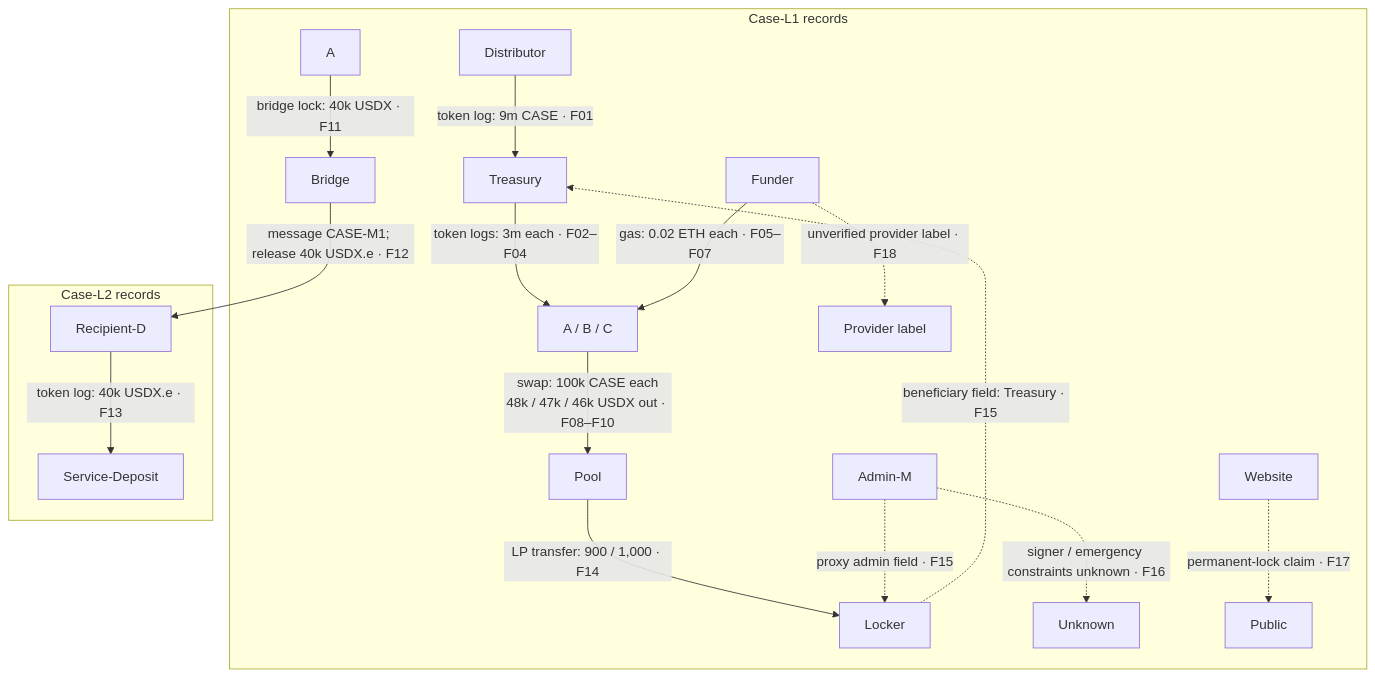
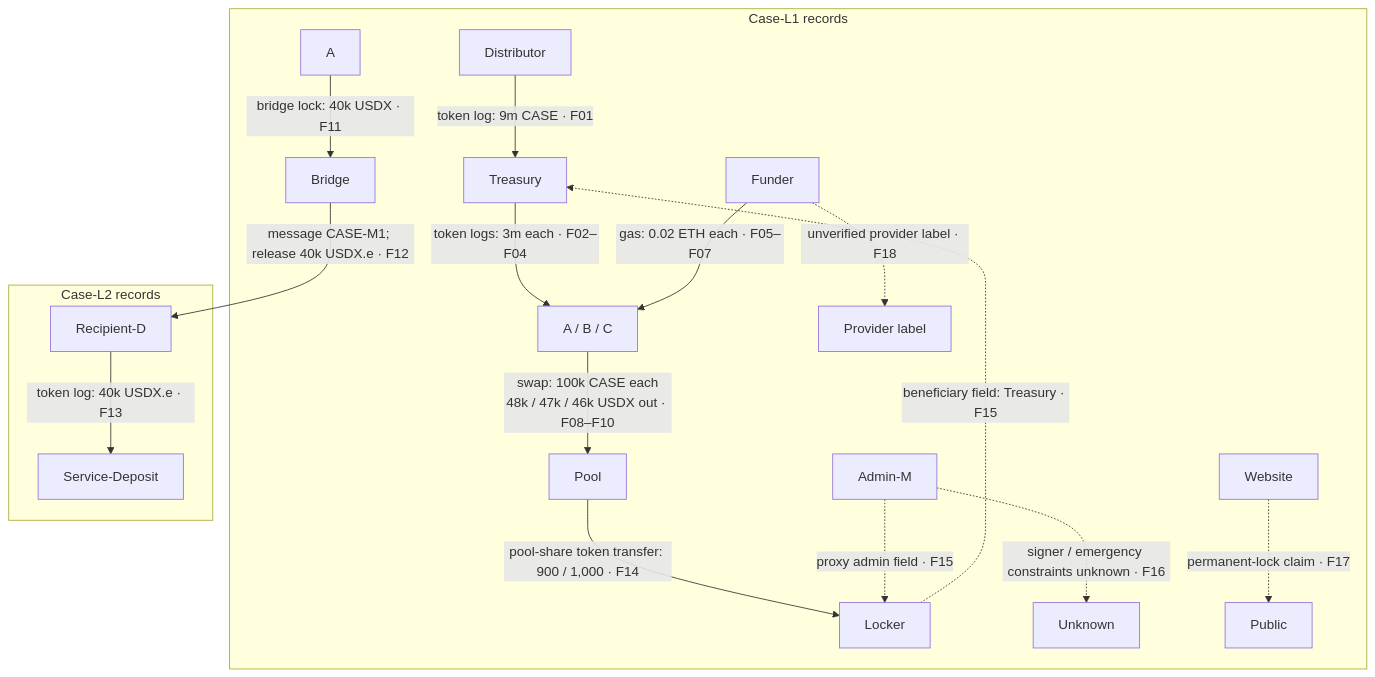
Before and after one commit to Blockchain-NTU-SG/academy-handbook: the second of 2 diagrams in docs/tracks/researcher/week-6/part-2-querying-real-data.md, drawn with Mermaid. The commit also changed other lines of this file and 15 other files, not shown here.

````diff
--- a/docs/tracks/researcher/week-6/part-2-querying-real-data.md
+++ b/docs/tracks/researcher/week-6/part-2-querying-real-data.md
@@ -124,22 +141,22 @@
 ```mermaid
 flowchart TB
   accTitle: Observed synthetic case-record network
   accDescr: Synthetic records F01–F18 show token distributions, gas funding, swaps, bridge messages, liquidity, roles and claims; edges report observations and unknowns, not inferred identity or intent.
   subgraph L1["Case-L1 records"]
     D["Distributor"] -->|"token log: 9m CASE · F01"| TR["Treasury"]
     TR -->|"token logs: 3m each · F02–F04"| ABC["A / B / C"]
     F["Funder"] -->|"gas: 0.02 ETH each · F05–F07"| ABC
     ABC -->|"swap: 100k CASE each<br/>48k / 47k / 46k USDX out · F08–F10"| P["Pool"]
     A["A"] -->|"bridge lock: 40k USDX · F11"| B["Bridge"]
-    P -->|"LP transfer: 900 / 1,000 · F14"| K["Locker"]
+    P -->|"pool-share token transfer: 900 / 1,000 · F14"| K["Locker"]
     K -.->|"beneficiary field: Treasury · F15"| TR
     AM["Admin-M"] -.->|"proxy admin field · F15"| K
     AM -.->|"signer / emergency constraints unknown · F16"| Unknown["Unknown"]
     W["Website"] -.->|"permanent-lock claim · F17"| Public["Public"]
     F -.->|"unverified provider label · F18"| Label["Provider label"]
   end
   subgraph L2["Case-L2 records"]
     B -->|"message CASE-M1; release 40k USDX.e · F12"| R["Recipient-D"]
     R -->|"token log: 40k USDX.e · F13"| SD["Service-Deposit"]
   end
 ```
````
